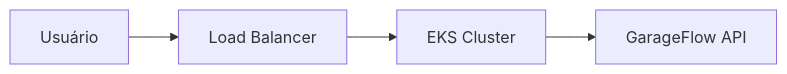
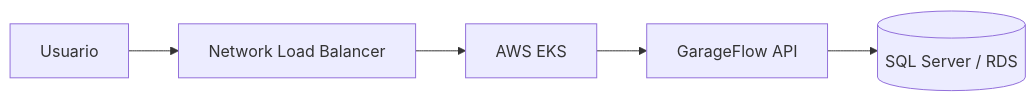
Before and after one commit to FiapPosEAA/fiap-garageflow-k8s-infra: the diagram in README.md, drawn with Mermaid. The commit also changed other lines of this file, not shown here.

````diff
--- a/README.md
+++ b/README.md
@@ -25,6 +70,7 @@
 ```mermaid
 flowchart LR
-    User[Usuário] --> ALB[Load Balancer]
-    ALB --> EKS[EKS Cluster]
+    User[Usuario] --> LB[Network Load Balancer]
+    LB --> EKS[AWS EKS]
     EKS --> API[GarageFlow API]
+    API --> RDS[(SQL Server / RDS)]
 ```
````
